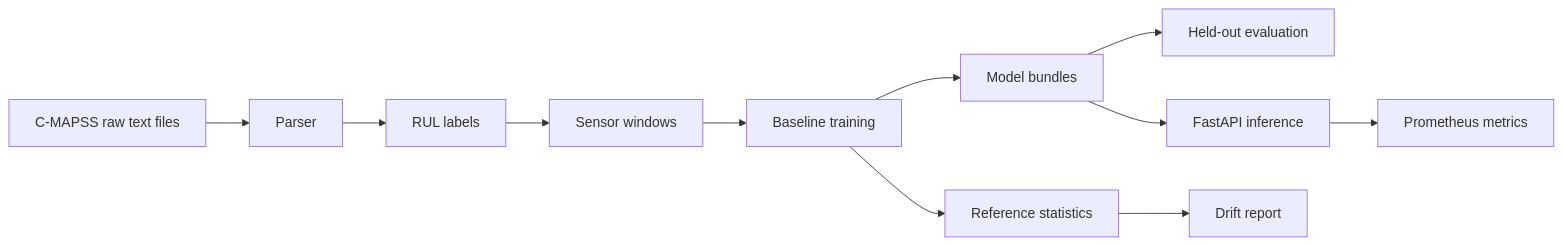
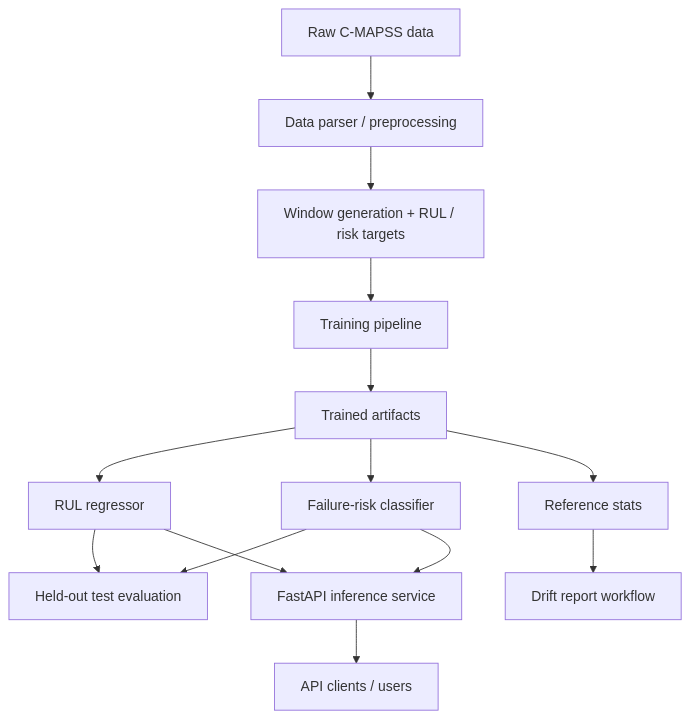
One commit to AmmarHafeez/industrial-maintenance-mlops changed the diagram in docs/architecture.md. Above: the diagram before and after it, drawn with Mermaid. The commit also changed other lines of this file and 1 other file, not shown here.

Commit message:
Add project context and architecture diagram

````diff
--- a/docs/architecture.md
+++ b/docs/architecture.md
@@ -10,13 +10,16 @@
 ```mermaid
-flowchart LR
-    A["C-MAPSS raw text files"] --> B["Parser"]
-    B --> C["RUL labels"]
-    C --> D["Sensor windows"]
-    D --> E["Baseline training"]
-    E --> F["Model bundles"]
-    E --> G["Reference statistics"]
-    F --> H["Held-out evaluation"]
-    F --> I["FastAPI inference"]
-    G --> J["Drift report"]
-    I --> K["Prometheus metrics"]
+flowchart TD
+    A["Raw C-MAPSS data"] --> B["Data parser / preprocessing"]
+    B --> C["Window generation + RUL / risk targets"]
+    C --> D["Training pipeline"]
+    D --> E["Trained artifacts"]
+    E --> E1["RUL regressor"]
+    E --> E2["Failure-risk classifier"]
+    E --> E3["Reference stats"]
+    E1 --> F["Held-out test evaluation"]
+    E2 --> F
+    E3 --> G["Drift report workflow"]
+    E1 --> H["FastAPI inference service"]
+    E2 --> H
+    H --> I["API clients / users"]
 ```
````
